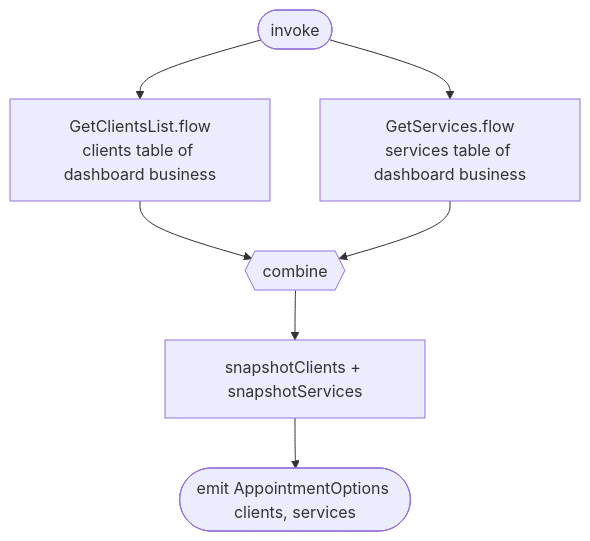
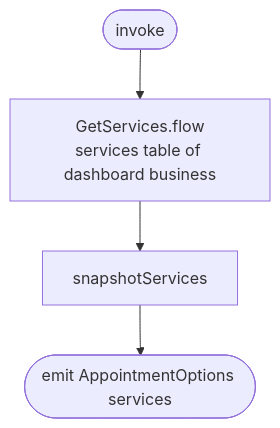
Before and after one commit to nocturneproperties/bookkme-client: the diagram in docs/operations/appointments/observe-appointment-options.md, drawn with Mermaid. The commit also changed other lines of this file and 52 other files, not shown here.

````diff
--- a/docs/operations/appointments/observe-appointment-options.md
+++ b/docs/operations/appointments/observe-appointment-options.md
@@ -13,9 +12,6 @@
 ```mermaid
 flowchart TD
-    Start([invoke]) --> C[GetClientsList.flow<br/>clients table of dashboard business]
-    Start --> S[GetServices.flow<br/>services table of dashboard business]
-    C --> Comb{{combine}}
-    S --> Comb
-    Comb --> Map[snapshotClients + snapshotServices]
-    Map --> R([emit AppointmentOptions clients, services])
+    Start([invoke]) --> S[GetServices.flow<br/>services table of dashboard business]
+    S --> Map[snapshotServices]
+    Map --> R([emit AppointmentOptions services])
 ```
````
